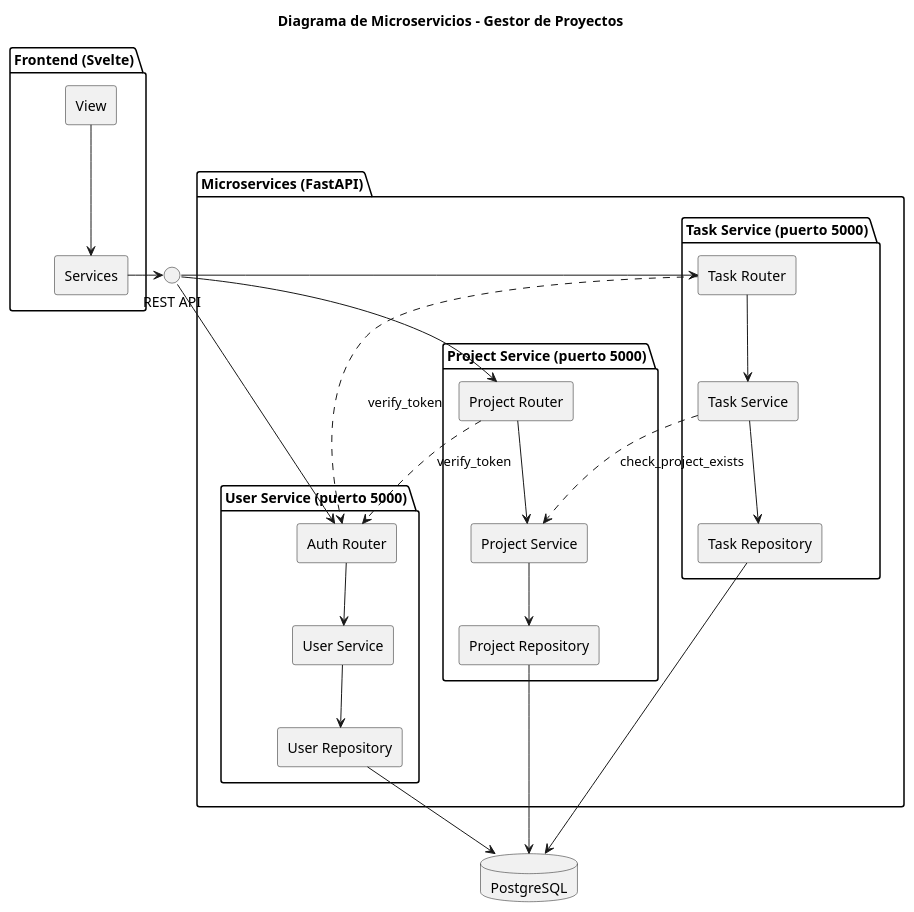
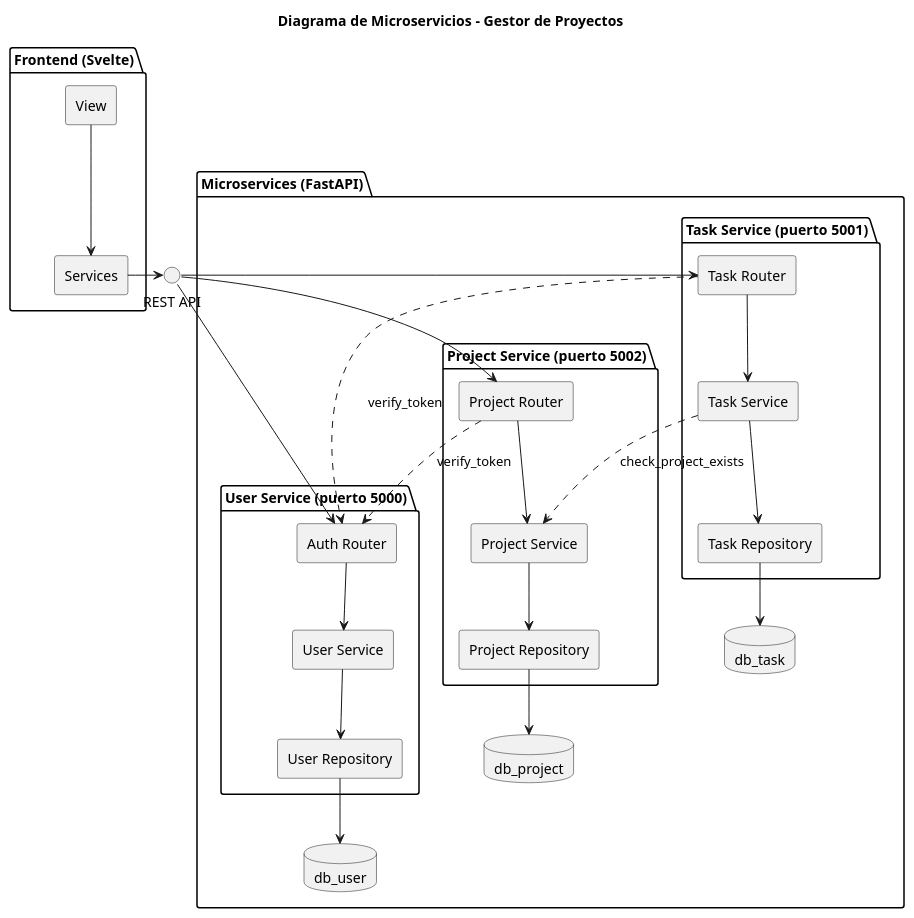
The diagram in docs/arquitectura.md (PedroScheeffer/demo_ANDIS2), drawn with PlantUML before and after one commit. The commit also changed 1 other file, not shown here.

Commit message:
Update diagrams

```diff
--- a/docs/arquitectura.md
+++ b/docs/arquitectura.md
@@ -1,66 +1,69 @@
 @startuml
 
 skinparam componentStyle rectangle
 skinparam backgroundColor white
 skinparam shadowing false
 
 title Diagrama de Microservicios - Gestor de Proyectos
 
 package "Frontend (Svelte)" {
     component "View" as view
     component "Services" as fe_services
 
     view --> fe_services
 }
 
 package "Microservices (FastAPI)" {
     package "User Service (puerto 5000)" {
         component "Auth Router" as auth_router
         component "User Service" as s_user
         component "User Repository" as r_user
 
         auth_router --> s_user
         s_user --> r_user
     }
 
-    package "Project Service (puerto 5000)" {
+    package "Project Service (puerto 5002)" {
         component "Project Router" as proj_router
         component "Project Service" as s_project
         component "Project Repository" as r_project
 
         proj_router --> s_project
         s_project --> r_project
     }
 
-    package "Task Service (puerto 5000)" {
+    package "Task Service (puerto 5001)" {
         component "Task Router" as task_router
         component "Task Service" as s_task
         component "Task Repository" as r_task
 
         task_router --> s_task
         s_task --> r_task
     }
 
+    database "db_task" as db_task
+    database "db_project" as db_project
+    database "db_user" as db_user
+
 }
-
-database "PostgreSQL" as db
 
 ' Interfaces
 interface "REST API" as rest
+
+r_user -down-> db_user
+r_project -down-> db_project
+r_task -down-> db_task
 
 ' Inter-service communication
 proj_router ..> auth_router : verify_token
 task_router ..> auth_router : verify_token
 s_task ..> s_project : check_project_exists
 
 ' External connections
 fe_services -right-> rest
 rest -right-> auth_router
 rest -right-> proj_router
 rest -right-> task_router
 
-r_user -down-> db
-r_project -down-> db
-r_task -down-> db
 
 @enduml
```
